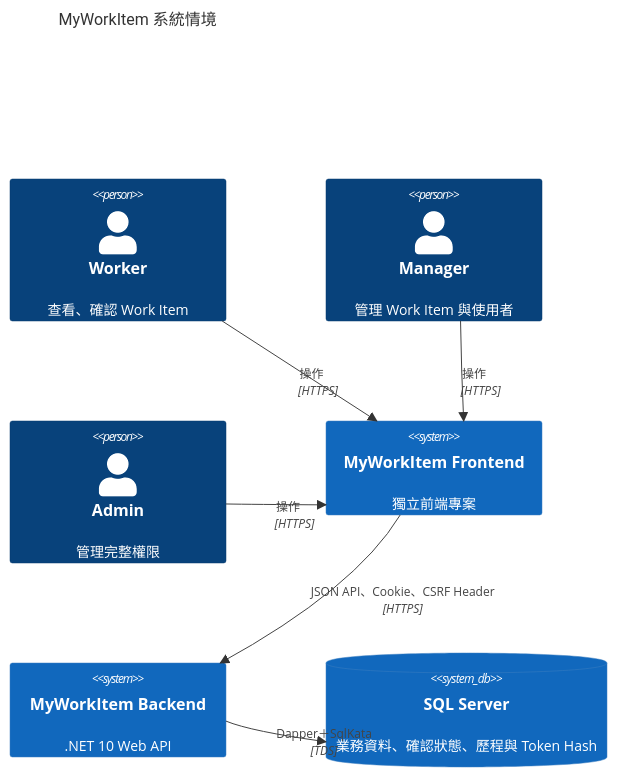
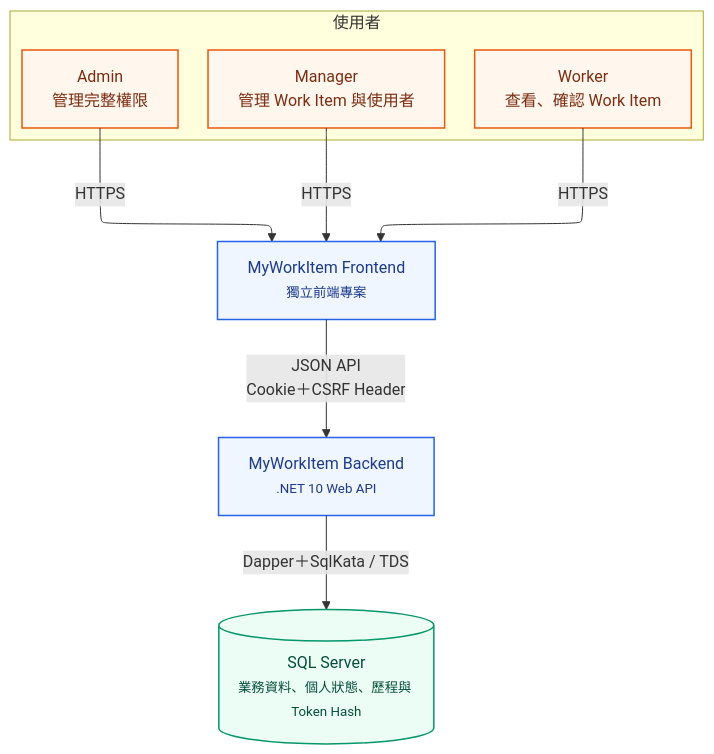
Before and after one commit to JJDing-Louis/MyWorkItem_Backend: the first of 2 diagrams in docs/Architecture.md, drawn with Mermaid. The commit also changed other lines of this file and 3 other files, not shown here.

Commit message:
docs: 更新系統圖表與 API 文件

````diff
--- a/docs/Architecture.md
+++ b/docs/Architecture.md
@@ -5,16 +5,27 @@
 ```mermaid
-C4Context
-    title MyWorkItem 系統情境
-    Person(worker, "Worker", "查看、確認 Work Item")
-    Person(manager, "Manager", "管理 Work Item 與使用者")
-    Person(admin, "Admin", "管理完整權限")
-    System(frontend, "MyWorkItem Frontend", "獨立前端專案")
-    System(backend, "MyWorkItem Backend", ".NET 10 Web API")
-    SystemDb(database, "SQL Server", "業務資料、確認狀態、歷程與 Token Hash")
+%%{init: {"flowchart": {"defaultRenderer": "elk", "nodeSpacing": 45, "rankSpacing": 70}}}%%
+flowchart TD
+    subgraph actors["使用者"]
+        direction TD
+        worker["Worker<br/>查看、確認 Work Item"]
+        manager["Manager<br/>管理 Work Item 與使用者"]
+        admin["Admin<br/>管理完整權限"]
+    end
 
-    Rel(worker, frontend, "操作", "HTTPS")
-    Rel(manager, frontend, "操作", "HTTPS")
-    Rel(admin, frontend, "操作", "HTTPS")
-    Rel(frontend, backend, "JSON API、Cookie、CSRF Header", "HTTPS")
-    Rel(backend, database, "Dapper＋SqlKata", "TDS")
+    frontend["MyWorkItem Frontend<br/><small>獨立前端專案</small>"]
+    backend["MyWorkItem Backend<br/><small>.NET 10 Web API</small>"]
+    database[("SQL Server<br/><small>業務資料、個人狀態、歷程與 Token Hash</small>")]
+
+    worker -->|"HTTPS"| frontend
+    manager -->|"HTTPS"| frontend
+    admin -->|"HTTPS"| frontend
+    frontend -->|"JSON API<br/>Cookie＋CSRF Header"| backend
+    backend -->|"Dapper＋SqlKata / TDS"| database
+
+    classDef person fill:#FFF7ED,stroke:#EA580C,color:#7C2D12,stroke-width:1.5px;
+    classDef system fill:#EFF6FF,stroke:#2563EB,color:#1E3A8A,stroke-width:1.5px;
+    classDef storage fill:#ECFDF5,stroke:#059669,color:#064E3B,stroke-width:1.5px;
+    class worker,manager,admin person;
+    class frontend,backend system;
+    class database storage;
 ```
````
